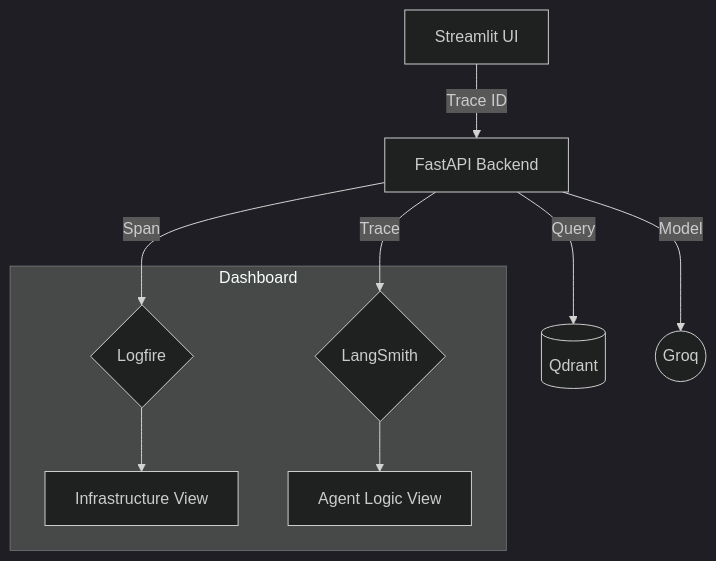
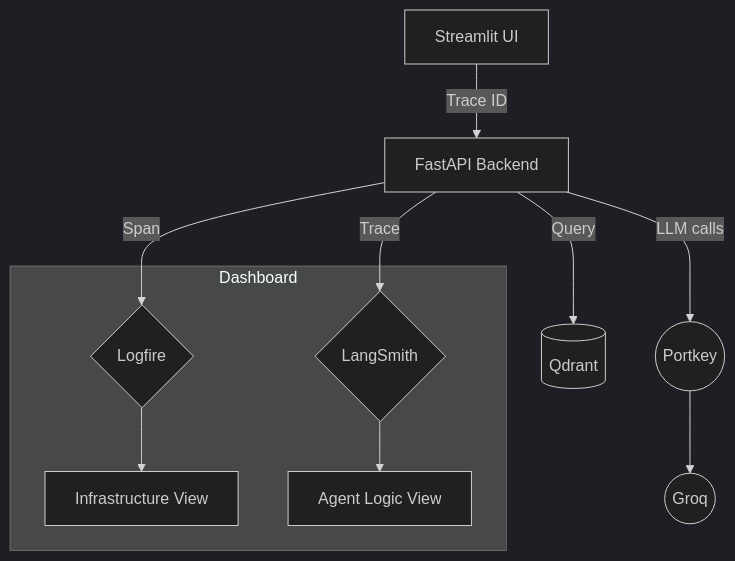
The diagram in DOCS/04_TRACING_AND_OBSERVABILITY.md (krunalp1908/Build-Production-Grade-RAG---Application), drawn with Mermaid (dark theme) before and after one commit. The commit also changed other lines of this file and 12 other files, not shown here.

First line of the commit message:
Refactor documentation for Portkey LLM Gateway integration and evaluation pipeline

````diff
--- a/DOCS/04_TRACING_AND_OBSERVABILITY.md
+++ b/DOCS/04_TRACING_AND_OBSERVABILITY.md
@@ -25,13 +25,14 @@
 ```mermaid
 graph TD
     UI[Streamlit UI] -->|Trace ID| Backend[FastAPI Backend]
     Backend -->|Span| Logfire{Logfire}
     Backend -->|Trace| LangSmith{LangSmith}
     Backend -->|Query| Qdrant[(Qdrant)]
-    Backend -->|Model| Groq((Groq))
+    Backend -->|LLM calls| Portkey((Portkey))
+    Portkey --> Groq((Groq))
     
     subgraph Dashboard
         Logfire --> LView[Infrastructure View]
         LangSmith --> AView[Agent Logic View]
     end
 ```
````
